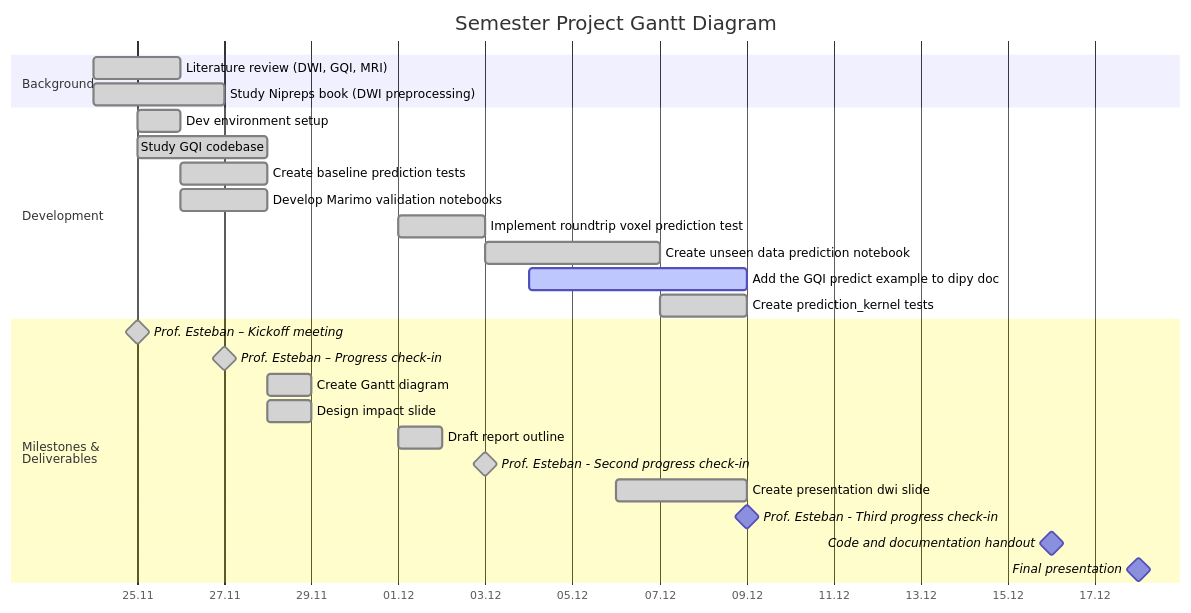
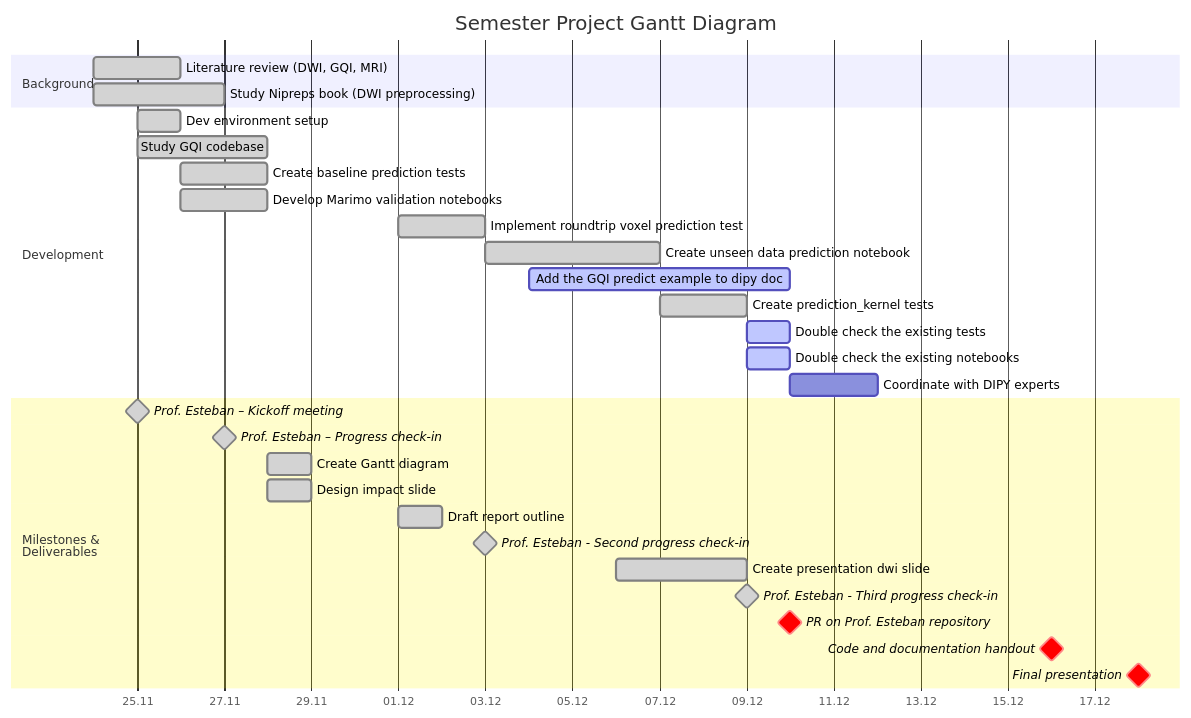
Before and after one commit to MadeInShineA/303.1-semester-project: the diagram in src/index.qmd, drawn with Mermaid. The commit also changed 2 other files, not shown here.

Commit message:
Updated Gantt diagram

````diff
--- a/src/index.qmd
+++ b/src/index.qmd
@@ -20,37 +20,41 @@
 ```{mermaid}
 gantt
 
     title Semester Project Gantt Diagram
     dateFormat DD.MM.YYYY
     axisFormat %d.%m
 
     section Background
         Literature review (DWI, GQI, MRI)       :done,         research,       24.11.2025, 2d
         Study Nipreps book (DWI preprocessing)  :done,         nipreps,        24.11.2025, 3d
 
     section Development
         Dev environment setup                   :done,         devenv,         25.11.2025, 1d
         Study GQI codebase                      :done,         codebase,       25.11.2025, 3d
         Create baseline prediction tests        :done,         simple_tests,   26.11.2025, 2d
         Develop Marimo validation notebooks     :done,         notebooks,      26.11.2025, 2d
         Implement roundtrip voxel prediction test :done,       cross_tests,    01.12.2025, 2d
-        Create unseen data prediction notebook  :done,       unseen_data,    03.12.2025, 4d
-        Add the GQI predict example to dipy doc :active,       predict_example,04.12.2025, 09.12.2025
-        Create prediction_kernel tests          :done,              prediction_kernel ,07.12.2025, 2d
+        Create unseen data prediction notebook  :done,         unseen_data,    03.12.2025, 4d
+        Add the GQI predict example to dipy doc :active,       predict_example,04.12.2025, 10.12.2025
+        Create prediction_kernel tests          :done,         prediction_kernel ,07.12.2025, 2d
+        Double check the existing tests         :active,       dc_test,        09.12.2025, 1d
+        Double check the existing notebooks     :active,       dc_notebooks,   09.12.2025, 1d
+        Coordinate with DIPY experts            :              coor,           10.12.2025, 12.12.2025
 
       
         
 
     section Milestones & <br>Deliverables
         Prof. Esteban – Kickoff meeting         :done,         milestone,      25.11.2025, 0d
         Prof. Esteban – Progress check-in       :done,         milestone,      27.11.2025, 0d
         Create Gantt diagram                    :done,         gantt,          28.11.2025, 1d
         Design impact slide                     :done,         impact,         28.11.2025, 1d
         Draft report outline                    :done,         r_draft,        01.12.2025, 1d
         Prof. Esteban - Second progress check-in:done,         milestone,      03.12.2025, 0d
         Create presentation dwi slide           :done,         p_draft,        06.12.2025, 09.12.2025 
-        Prof. Esteban - Third progress check-in :              milestone,      09.12.2025, 0d
-        Code and documentation handout          :              milestone,      16.12.2025, 0d
-        Final presentation                      :              milestone,      18.12.2025, 0d
+        Prof. Esteban - Third progress check-in :done,         milestone,      09.12.2025, 0d
+        PR on Prof. Esteban repository          :crit,         milestone,      10.12.2025, 0d
+        Code and documentation handout          :crit,         milestone,      16.12.2025, 0d
+        Final presentation                      :crit,         milestone,      18.12.2025, 0d
         
 ```
````
